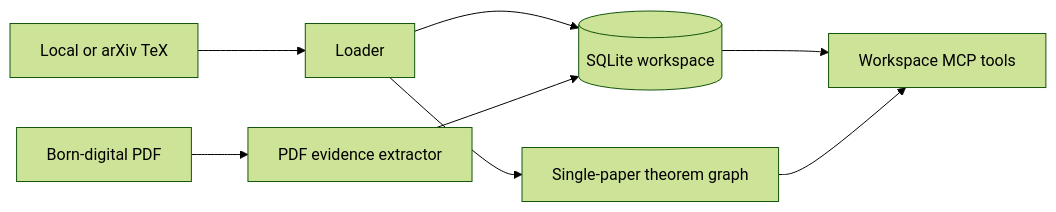
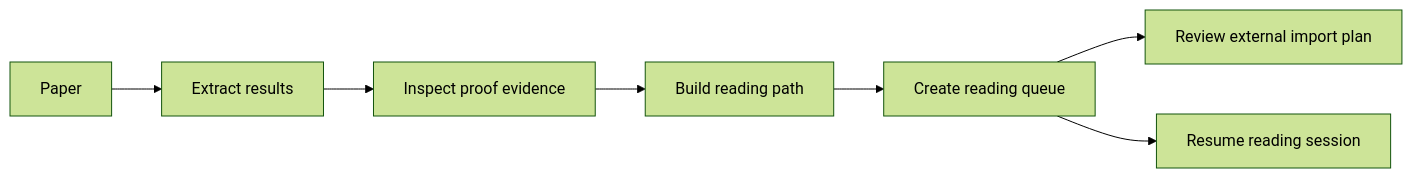
Before and after one commit to lotchuazzz-crypto/papergraph-mcp: the diagram in README.md, drawn with Mermaid (forest theme). The commit also changed other lines of this file and 3 other files, not shown here.

````diff
--- a/README.md
+++ b/README.md
@@ -168,10 +81,9 @@
 ```mermaid
 flowchart LR
-    TeX[Local or arXiv TeX] --> Load[Loader]
-    PDF[Born-digital PDF] --> Extract[PDF evidence extractor]
-    Load --> DB[(SQLite workspace)]
-    Extract --> DB
-    DB --> MCP[Workspace MCP tools]
-    Load --> Graph[Single-paper theorem graph]
-    Graph --> MCP
+    Paper[Paper] --> Results[Extract results]
+    Results --> Evidence[Inspect proof evidence]
+    Evidence --> Path[Build reading path]
+    Path --> Queue[Create reading queue]
+    Queue --> Imports[Review external import plan]
+    Queue --> Session[Resume reading session]
 ```
````
